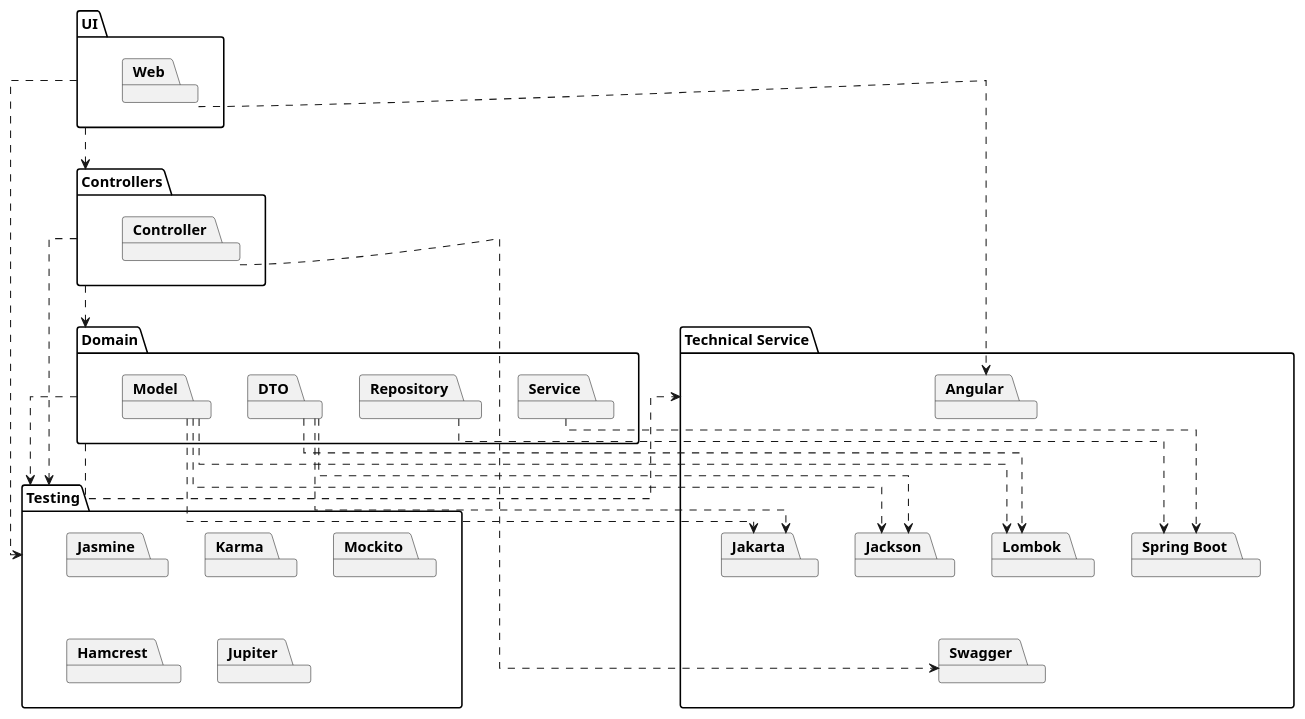
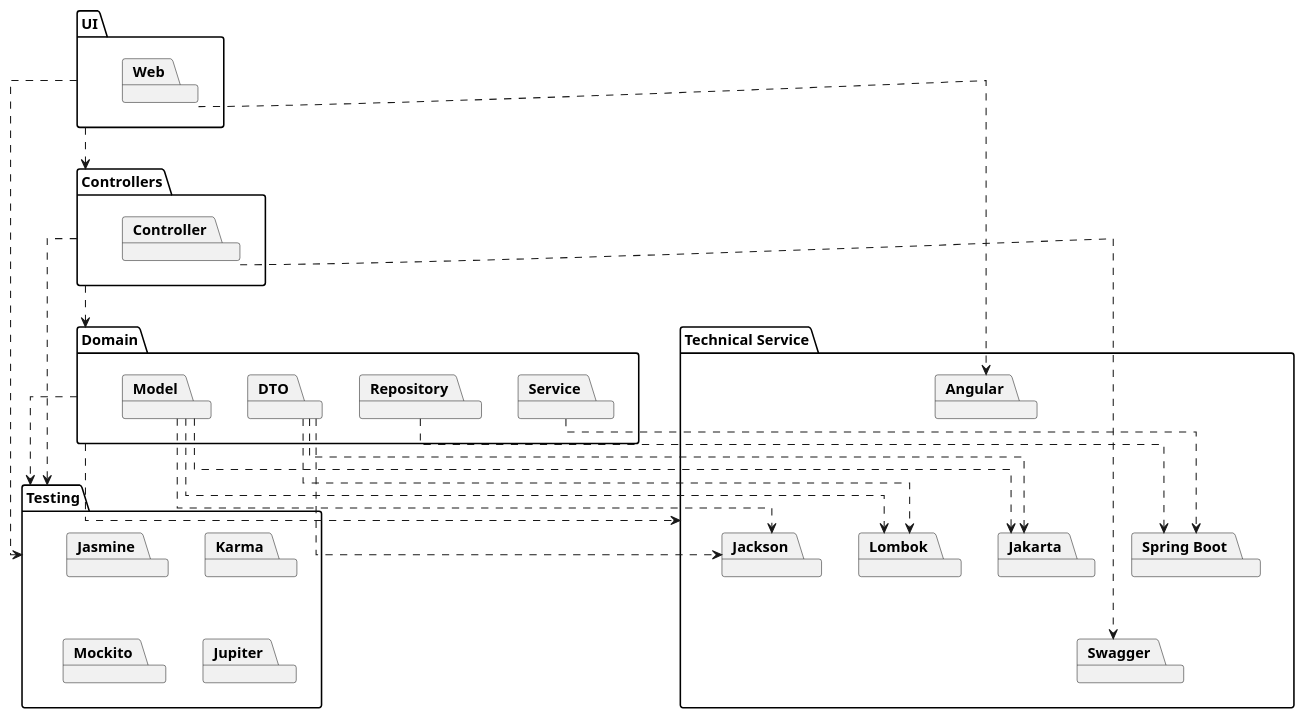
Before and after one commit to patrickwinti/worldwidewalter: the diagram in docs/diagrams/pacakge_diagramm.plantuml, drawn with PlantUML.

Commit message:
[WWW-72] removes hamcrest

```diff
--- a/docs/diagrams/pacakge_diagramm.plantuml
+++ b/docs/diagrams/pacakge_diagramm.plantuml
@@ -1,64 +1,63 @@
 @startuml
 skinparam linetype ortho
 top to bottom direction
 
 package "Technical Service" {
     package Angular
     together {
         package "Spring Boot"
         package Lombok
         package Jackson
         package Jakarta
     }
     package Swagger
 }
 
 package Testing {
     package Jasmine
     package Karma
     package Mockito
-    package Hamcrest
     package Jupiter
 }
 
 package Controllers {
     package Controller
 }
 
 package Domain {
     package DTO
     package Model
     package Service
     package Repository
 }
 
 package UI {
     package Web
 }
 
 UI ..> Controllers
 Controllers ..> Domain
 Domain ..> "Technical Service"
 
 UI ..> Testing
 Controllers ..> Testing
 Domain ..> Testing
 
 DTO ..> Jackson
 DTO ..> Lombok
 DTO ..> Jakarta
 
 Model ..> Jackson
 Model ..> Lombok
 Model ..> Jakarta
 
 Service ..>"Spring Boot"
 Repository ..>"Spring Boot"
 
 Web ..> Angular
 
 Controller ..> Swagger
 
 Angular -[hidden]- "Spring Boot"
 Jakarta -[hidden]- Swagger
 @enduml
```
